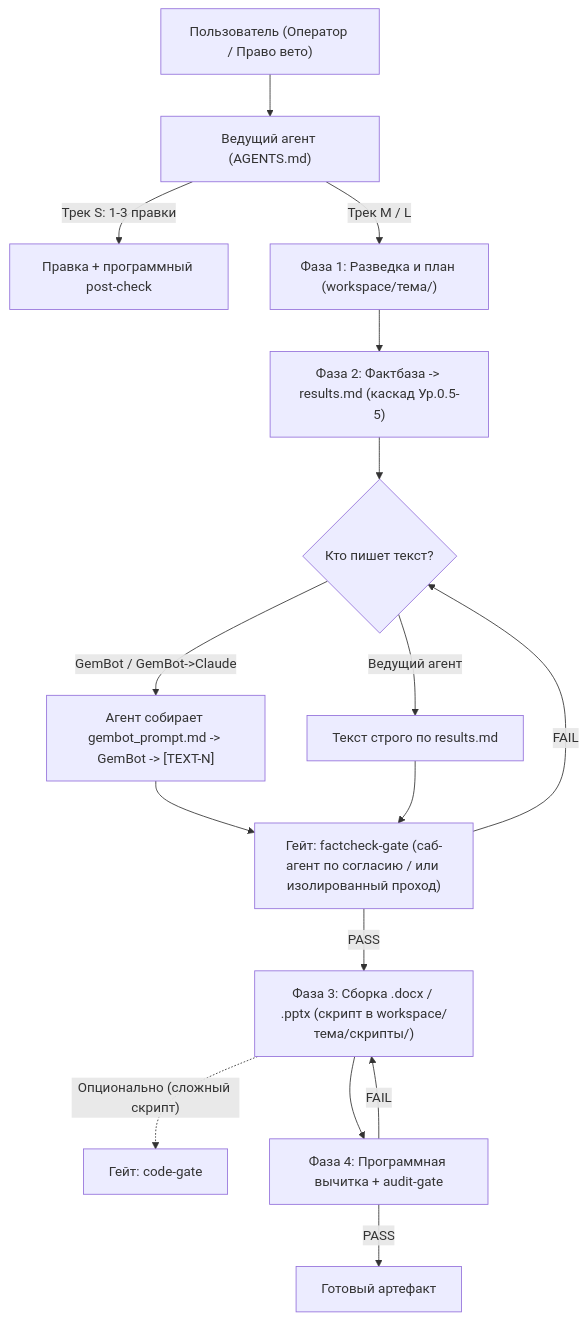
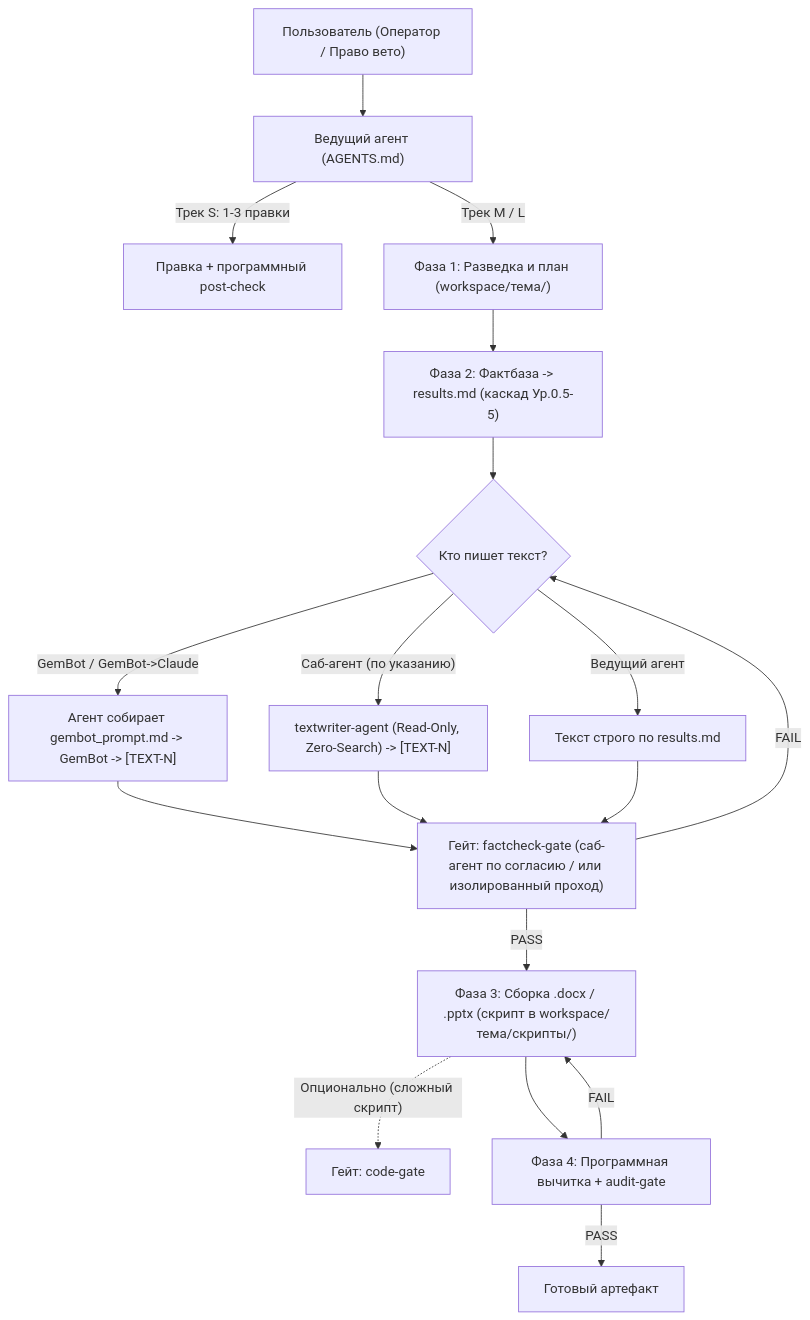
One commit to DrHush47/SplitAndMerge changed the diagram in pipeline/docs/architecture.md. Above: the diagram before and after it, drawn with Mermaid. The commit also changed other lines of this file and 8 other files, not shown here.

Commit message:
sync: 27.11.2026 00:00 — core v2.2: добавлен opt-in саб-агент-генератор textwriter-agent (Read-Only + Zero-Search) как альтернатива GemBot

````diff
--- a/pipeline/docs/architecture.md
+++ b/pipeline/docs/architecture.md
@@ -22,18 +22,20 @@
 ```mermaid
 flowchart TD
     User["Пользователь (Оператор / Право вето)"] --> Lead["Ведущий агент (AGENTS.md)"]
     Lead -->|"Трек S: 1-3 правки"| Fast["Правка + программный post-check"]
     Lead -->|"Трек M / L"| F1["Фаза 1: Разведка и план (workspace/тема/)"]
     F1 --> F2["Фаза 2: Фактбаза -> results.md (каскад Ур.0.5-5)"]
     F2 --> Mode{"Кто пишет текст?"}
     Mode -->|"GemBot / GemBot->Claude"| GB["Агент собирает gembot_prompt.md -> GemBot -> [TEXT-N]"]
+    Mode -->|"Саб-агент (по указанию)"| TWA["textwriter-agent (Read-Only, Zero-Search) -> [TEXT-N]"]
     Mode -->|"Ведущий агент"| Self["Текст строго по results.md"]
     GB --> FC["Гейт: factcheck-gate (саб-агент по согласию / или изолированный проход)"]
+    TWA --> FC
     Self --> FC
     FC -->|"PASS"| F3["Фаза 3: Сборка .docx / .pptx (скрипт в workspace/тема/скрипты/)"]
     FC -->|"FAIL"| Mode
     F3 -.->|"Опционально (сложный скрипт)"| CG["Гейт: code-gate"]
     F3 --> AG["Фаза 4: Программная вычитка + audit-gate"]
     AG -->|"FAIL"| F3
     AG -->|"PASS"| Done["Готовый артефакт"]
 ```
````
